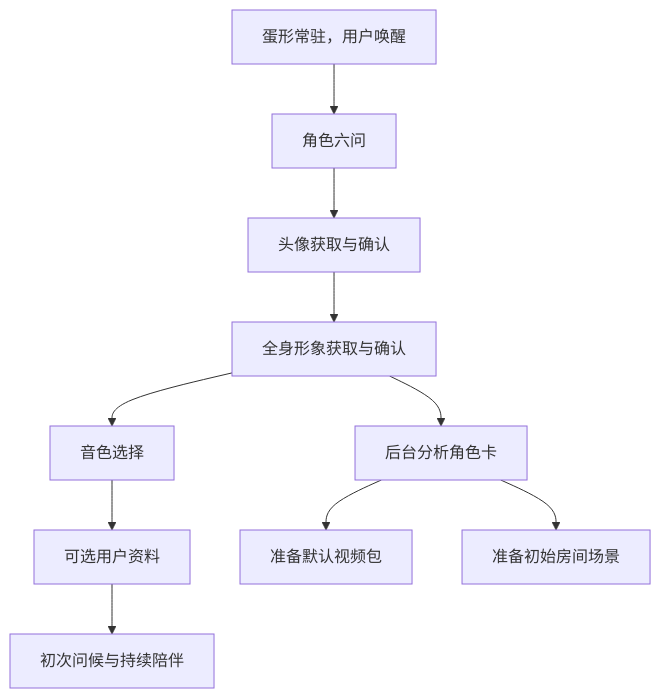
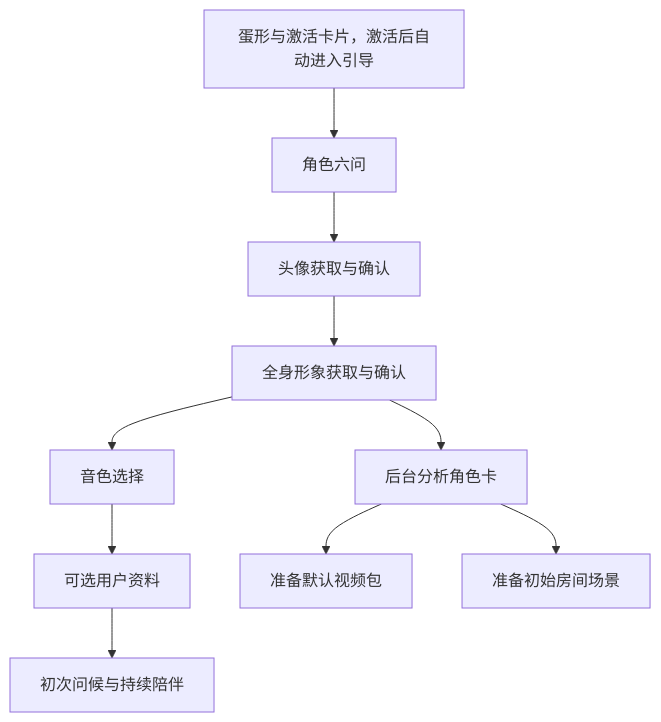
One commit to yangjinming1062/SpiritAgent changed the diagram in docs/DESIGN.md. Above: the diagram before and after it, drawn with Mermaid. The commit also changed other lines of this file and 20 other files, not shown here.

````diff
--- a/docs/DESIGN.md
+++ b/docs/DESIGN.md
@@ -15,12 +15,12 @@
 ```mermaid
 flowchart TD
-    Egg[蛋形常驻，用户唤醒] --> Role[角色六问]
+    Egg[蛋形与激活卡片，激活后自动进入引导] --> Role[角色六问]
     Role --> Avatar[头像获取与确认]
     Avatar --> Full[全身形象获取与确认]
     Full --> Voice[音色选择]
     Voice --> User[可选用户资料]
     User --> Greeting[初次问候与持续陪伴]
     Full --> Card[后台分析角色卡]
     Card --> Video[准备默认视频包]
     Card --> Scene[准备初始房间场景]
 ```
````
